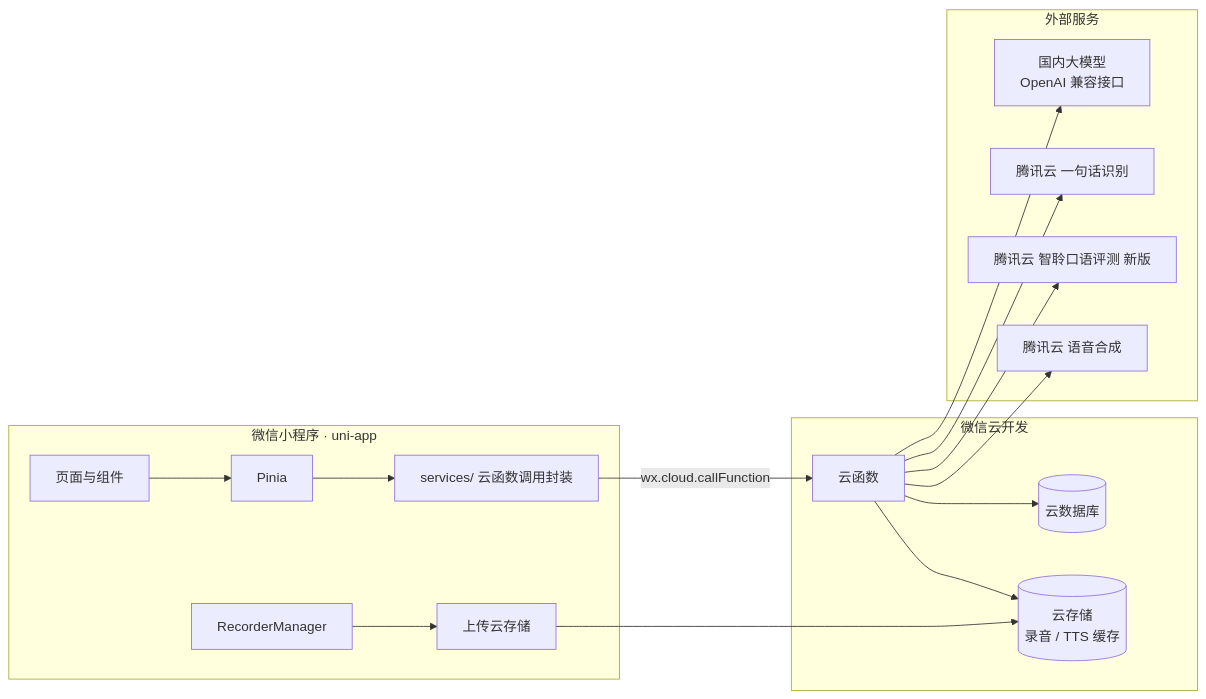
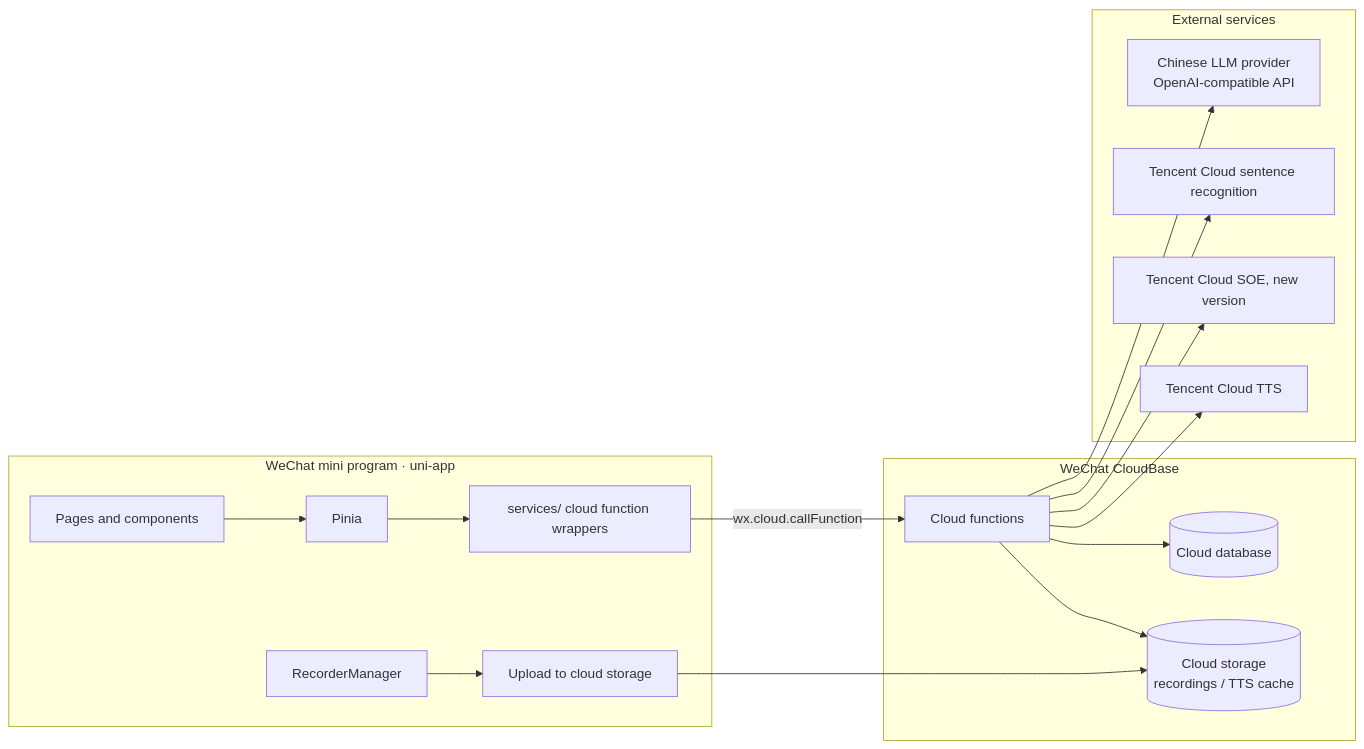
The second of 2 diagrams in README.md (frankie137/solvane), drawn with Mermaid before and after one commit. The commit also changed other lines of this file and 12 other files, not shown here.

````diff
--- a/README.md
+++ b/README.md
@@ -117,30 +120,30 @@
 ```mermaid
 flowchart LR
-    subgraph MP[微信小程序 · uni-app]
-        UI[页面与组件] --> Store[Pinia]
-        Store --> SDK[services/ 云函数调用封装]
-        Rec[RecorderManager] --> Upload[上传云存储]
+    subgraph MP[WeChat mini program · uni-app]
+        UI[Pages and components] --> Store[Pinia]
+        Store --> SDK[services/ cloud function wrappers]
+        Rec[RecorderManager] --> Upload[Upload to cloud storage]
     end
 
-    subgraph Cloud[微信云开发]
-        FN[云函数]
-        DB[(云数据库)]
-        ST[(云存储<br/>录音 / TTS 缓存)]
+    subgraph Cloud[WeChat CloudBase]
+        FN[Cloud functions]
+        DB[(Cloud database)]
+        ST[(Cloud storage<br/>recordings / TTS cache)]
     end
 
-    subgraph Ext[外部服务]
-        LLM[国内大模型<br/>OpenAI 兼容接口]
-        ASR[腾讯云 一句话识别]
-        SOE[腾讯云 智聆口语评测 新版]
-        TTS[腾讯云 语音合成]
+    subgraph Ext[External services]
+        LLM[Chinese LLM provider<br/>OpenAI-compatible API]
+        ASR[Tencent Cloud sentence recognition]
+        SOE[Tencent Cloud SOE, new version]
+        TTS[Tencent Cloud TTS]
     end
 
     SDK -->|wx.cloud.callFunction| FN
     Upload --> ST
     FN --> DB
     FN --> ST
     FN --> LLM
     FN --> ASR
     FN --> SOE
     FN --> TTS
 ```
````
